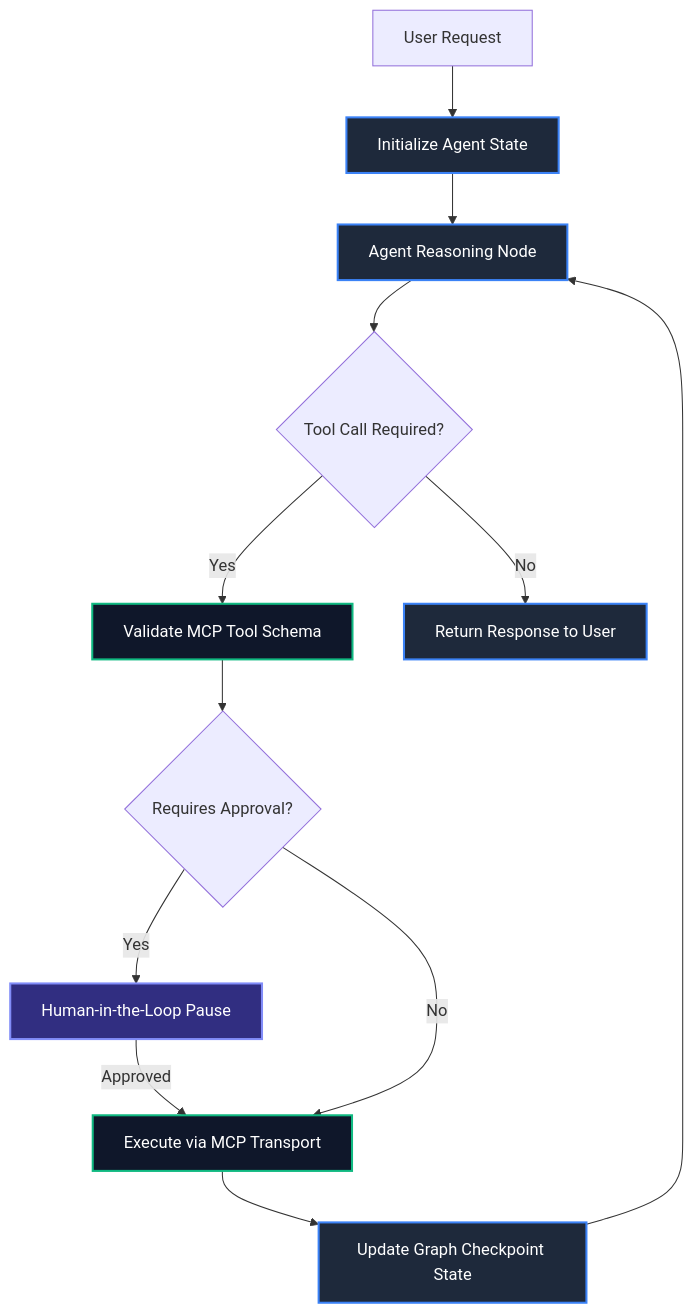
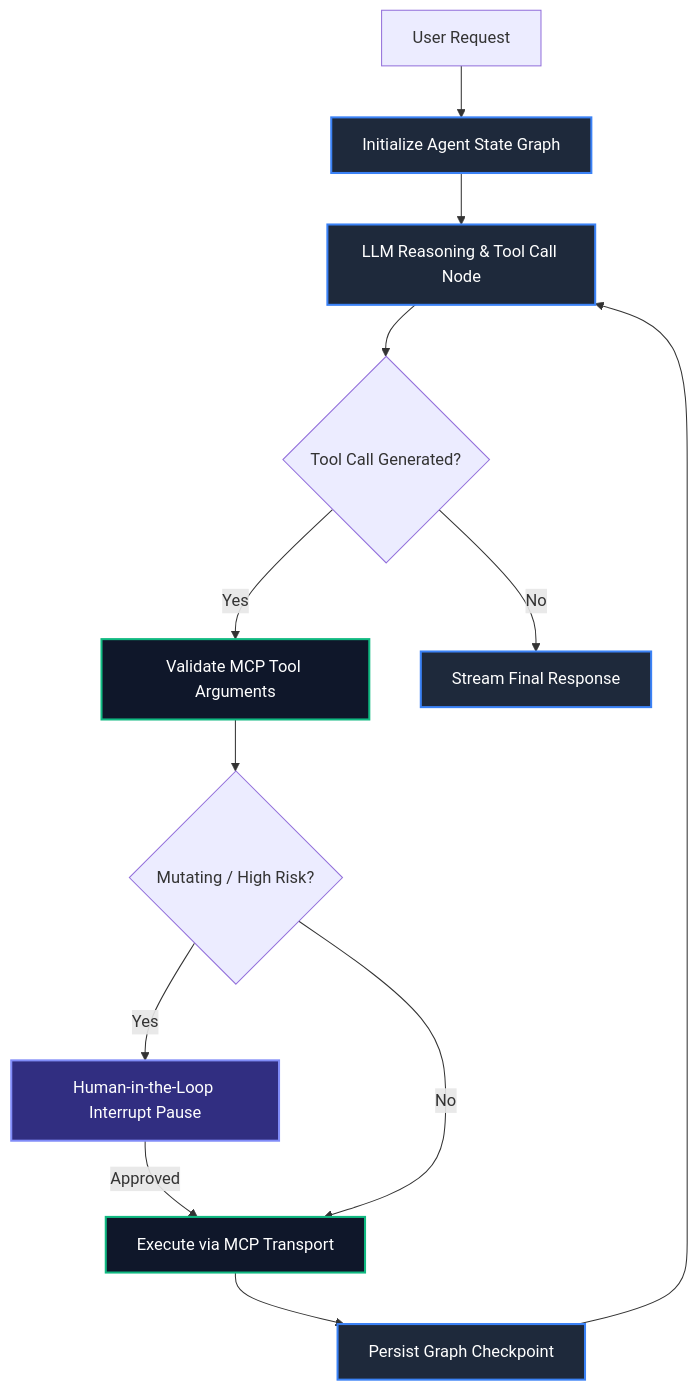
Before and after one commit to Ovanthra-Inc/sidhya-blog: the diagram in content/posts/ai-engineering-from-zero/langgraph-mcp-agents.mdx, drawn with Mermaid. The commit also changed other lines of this file and 42 other files, not shown here.

````diff
--- a/content/posts/ai-engineering-from-zero/langgraph-mcp-agents.mdx
+++ b/content/posts/ai-engineering-from-zero/langgraph-mcp-agents.mdx
@@ -33,22 +35,22 @@
 ```mermaid
 graph TD
     classDef stateFill fill:#1e293b,stroke:#3b82f6,stroke-width:2px,color:#fff;
     classDef toolFill fill:#0f172a,stroke:#10b981,stroke-width:2px,color:#fff;
     classDef humanFill fill:#312e81,stroke:#818cf8,stroke-width:2px,color:#fff;
 
-    User[User Request] --> StateInit[Initialize Agent State]:::stateFill
-    StateInit --> AgentNode[Agent Reasoning Node]:::stateFill
-    AgentNode --> Decision{Tool Call Required?}
+    User[User Request] --> StateInit[Initialize Agent State Graph]:::stateFill
+    StateInit --> AgentNode[LLM Reasoning & Tool Call Node]:::stateFill
+    AgentNode --> Decision{Tool Call Generated?}
     
-    Decision -- Yes --> ToolSchema[Validate MCP Tool Schema]:::toolFill
-    ToolSchema --> HumanCheck{Requires Approval?}
+    Decision -- Yes --> ToolSchema[Validate MCP Tool Arguments]:::toolFill
+    ToolSchema --> HumanCheck{Mutating / High Risk?}
     
-    HumanCheck -- Yes --> Interrupt[Human-in-the-Loop Pause]:::humanFill
+    HumanCheck -- Yes --> Interrupt[Human-in-the-Loop Interrupt Pause]:::humanFill
     Interrupt -- Approved --> MCPExec[Execute via MCP Transport]:::toolFill
     HumanCheck -- No --> MCPExec
     
-    MCPExec --> StateUpdate[Update Graph Checkpoint State]:::stateFill
+    MCPExec --> StateUpdate[Persist Graph Checkpoint]:::stateFill
     StateUpdate --> AgentNode
     
-    Decision -- No --> FinalOutput[Return Response to User]:::stateFill
+    Decision -- No --> FinalOutput[Stream Final Response]:::stateFill
 ```
````
